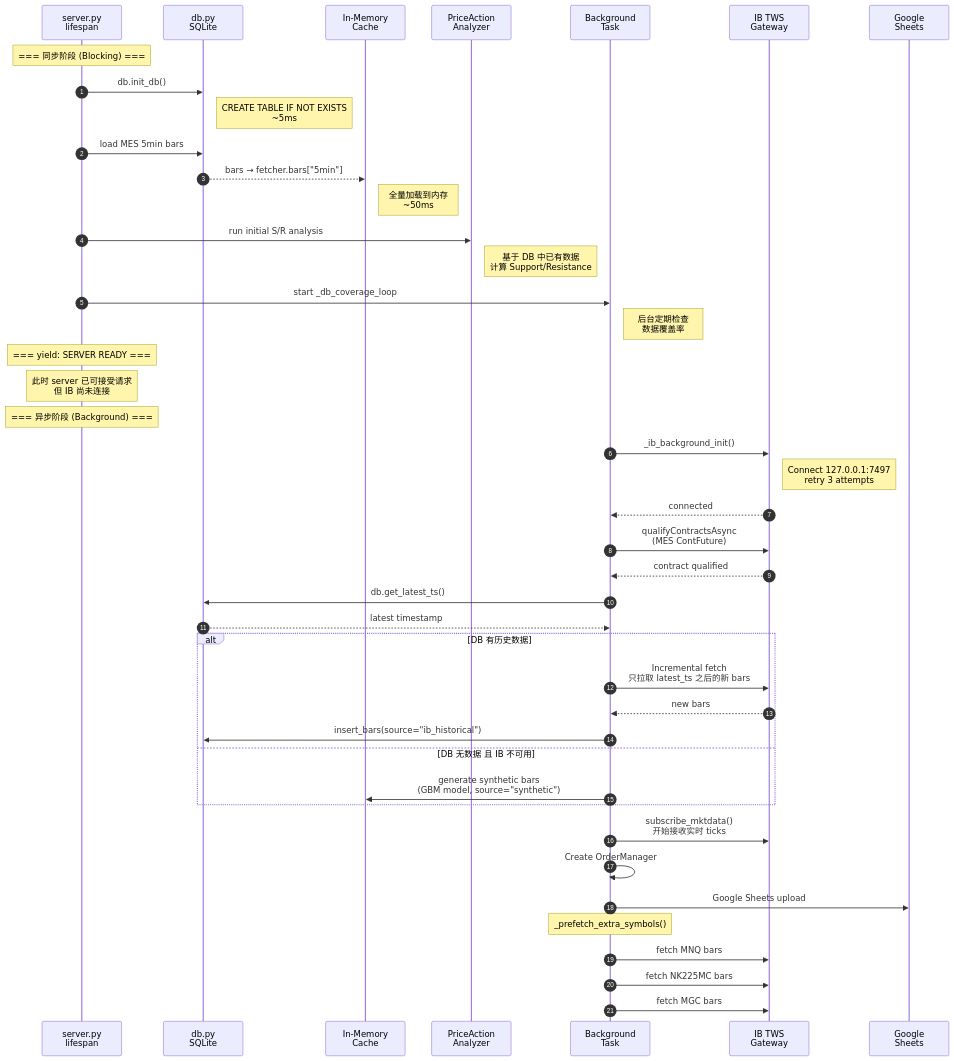
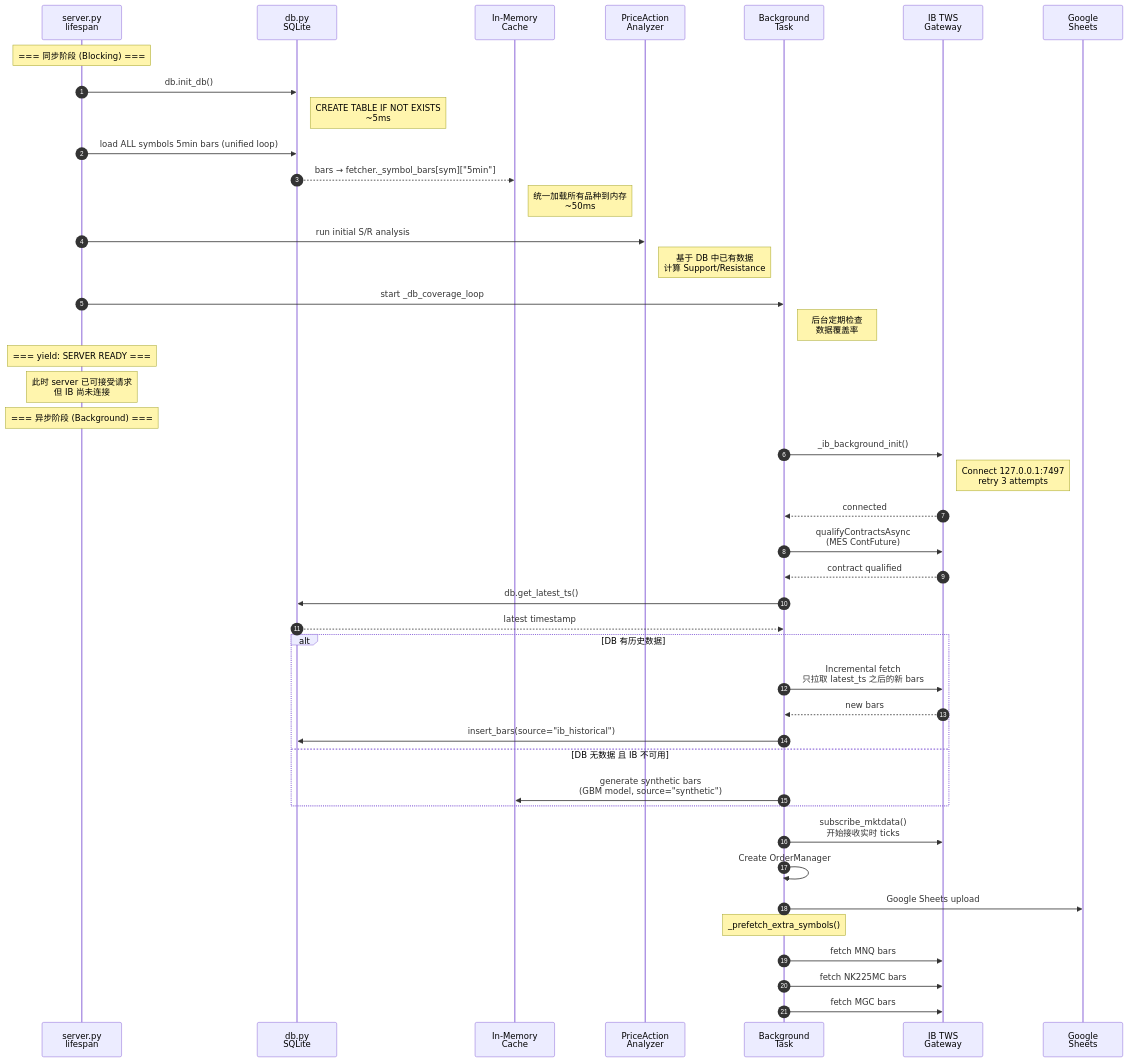
One commit to ditto0907/TradeDev changed the second of 14 diagrams in priceaction/dataflow.md. Above: the diagram before and after it, drawn with Mermaid. The commit also changed other lines of this file and 3 other files, not shown here.

````diff
--- a/priceaction/dataflow.md
+++ b/priceaction/dataflow.md
@@ -77,59 +80,59 @@
 ```mermaid
 sequenceDiagram
     autonumber
     participant Main as server.py<br/>lifespan
     participant DB as db.py<br/>SQLite
     participant Cache as In-Memory<br/>Cache
     participant PA as PriceAction<br/>Analyzer
     participant BG as Background<br/>Task
     participant IB as IB TWS<br/>Gateway
     participant GS as Google<br/>Sheets
 
     Note over Main: === 同步阶段 (Blocking) ===
 
     Main->>DB: db.init_db()
     Note right of DB: CREATE TABLE IF NOT EXISTS<br/>~5ms
 
-    Main->>DB: load MES 5min bars
-    DB-->>Cache: bars → fetcher.bars["5min"]
-    Note right of Cache: 全量加载到内存<br/>~50ms
+    Main->>DB: load ALL symbols 5min bars (unified loop)
+    DB-->>Cache: bars → fetcher._symbol_bars[sym]["5min"]
+    Note right of Cache: 统一加载所有品种到内存<br/>~50ms
 
     Main->>PA: run initial S/R analysis
     Note right of PA: 基于 DB 中已有数据<br/>计算 Support/Resistance
 
     Main->>BG: start _db_coverage_loop
     Note right of BG: 后台定期检查<br/>数据覆盖率
 
     Note over Main: === yield: SERVER READY ===
     Note over Main: 此时 server 已可接受请求<br/>但 IB 尚未连接
 
     Note over Main: === 异步阶段 (Background) ===
 
     BG->>IB: _ib_background_init()
     Note right of IB: Connect 127.0.0.1:7497<br/>retry 3 attempts
 
     IB-->>BG: connected
 
     BG->>IB: qualifyContractsAsync<br/>(MES ContFuture)
     IB-->>BG: contract qualified
 
     BG->>DB: db.get_latest_ts()
     DB-->>BG: latest timestamp
 
     alt DB 有历史数据
         BG->>IB: Incremental fetch<br/>只拉取 latest_ts 之后的新 bars
         IB-->>BG: new bars
         BG->>DB: insert_bars(source="ib_historical")
     else DB 无数据 且 IB 不可用
         BG->>Cache: generate synthetic bars<br/>(GBM model, source="synthetic")
     end
 
     BG->>IB: subscribe_mktdata()<br/>开始接收实时 ticks
     BG->>BG: Create OrderManager
     BG->>GS: Google Sheets upload
 
     Note over BG: _prefetch_extra_symbols()
     BG->>IB: fetch MNQ bars
     BG->>IB: fetch NK225MC bars
     BG->>IB: fetch MGC bars
 ```
````
